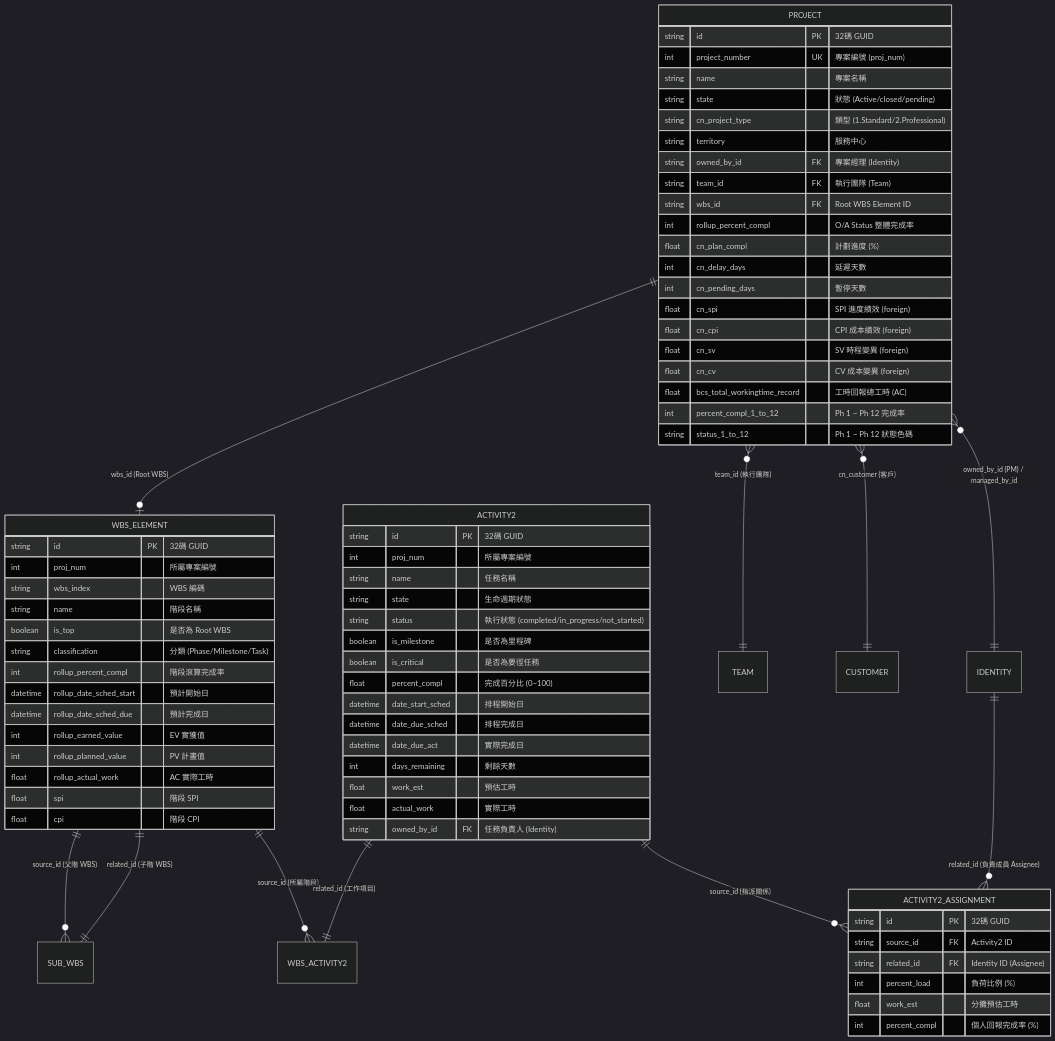
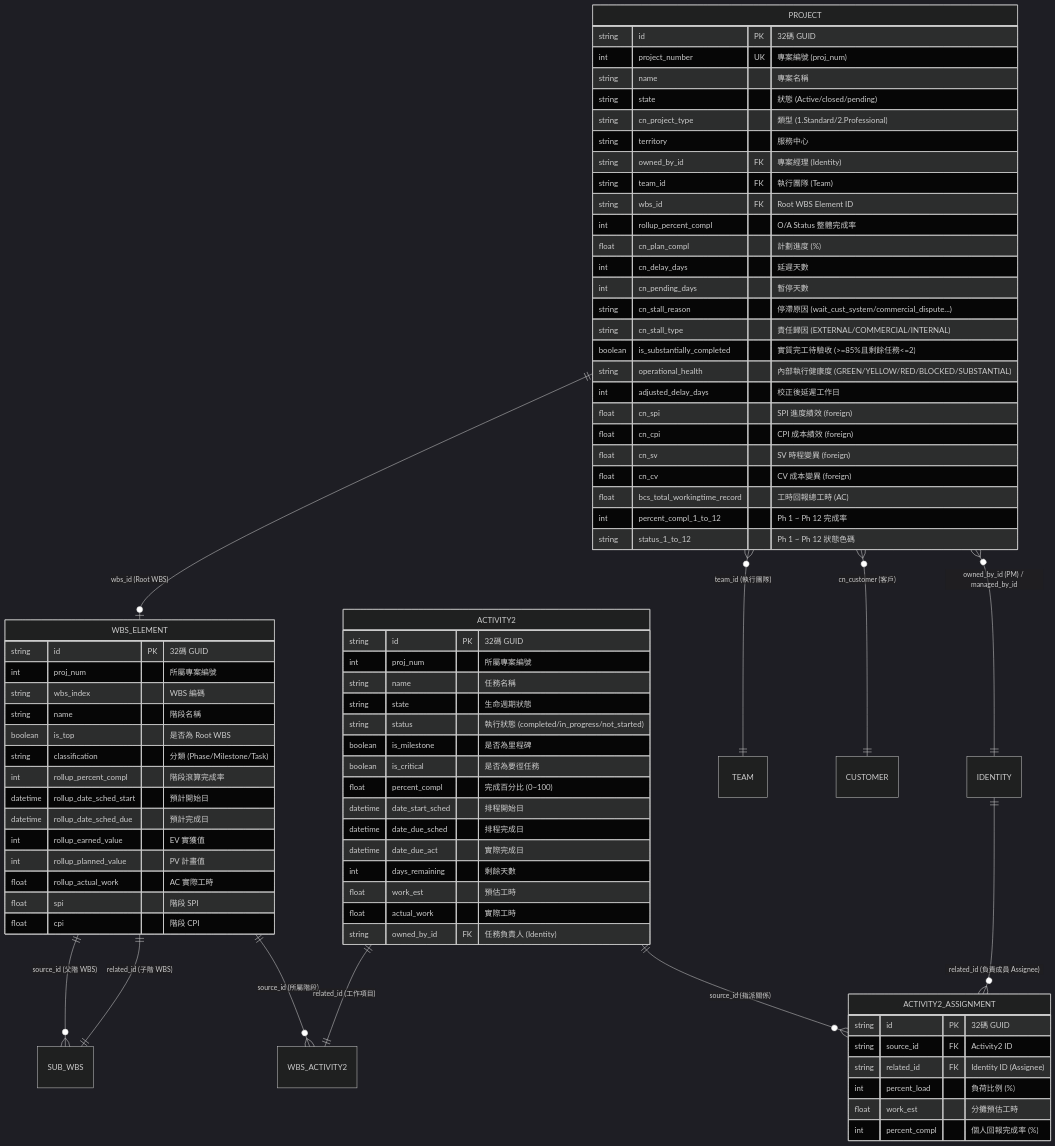
One commit to Jet0718/pmo_static changed the fifth of 8 diagrams in spec.md. Above: the diagram before and after it, drawn with Mermaid (dark theme). The commit also changed other lines of this file and 13 other files, not shown here.

```diff
--- a/spec.md
+++ b/spec.md
@@ -419,6 +460,11 @@
         float cn_plan_compl "計劃進度 (%)"
         int cn_delay_days "延遲天數"
         int cn_pending_days "暫停天數"
+        string cn_stall_reason "停滯原因 (wait_cust_system/commercial_dispute...)"
+        string cn_stall_type "責任歸因 (EXTERNAL/COMMERCIAL/INTERNAL)"
+        boolean is_substantially_completed "實質完工待驗收 (>=85%且剩餘任務<=2)"
+        string operational_health "內部執行健康度 (GREEN/YELLOW/RED/BLOCKED/SUBSTANTIAL)"
+        int adjusted_delay_days "校正後延遲工作日"
         float cn_spi "SPI 進度績效 (foreign)"
         float cn_cpi "CPI 成本績效 (foreign)"
         float cn_sv "SV 時程變異 (foreign)"
```
